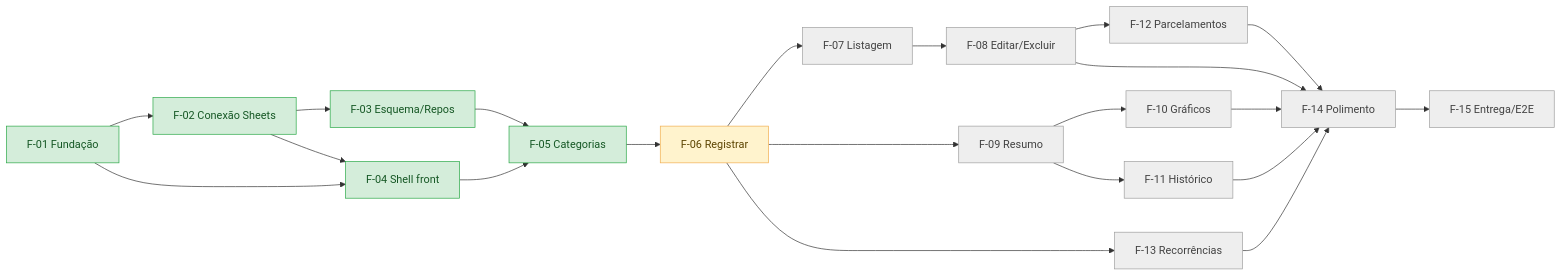
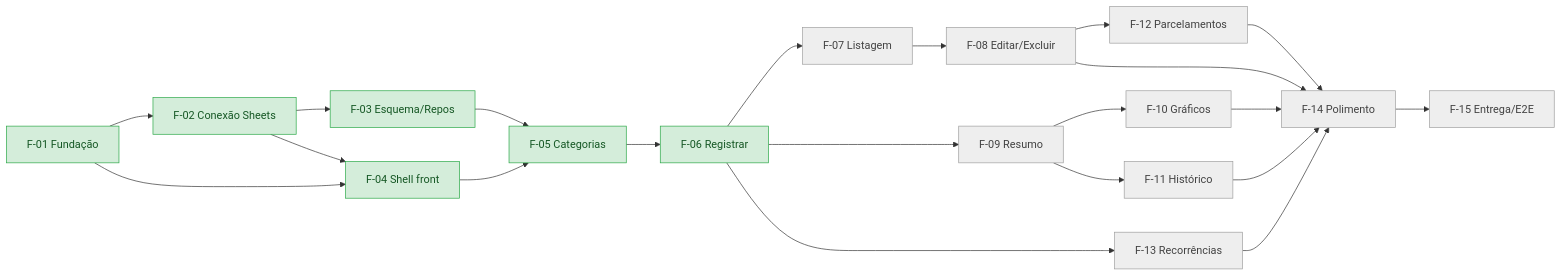
Before and after one commit to Pedrohcs/PlanilhaFinanceira: the diagram in SPECS/05-acompanhamento.md, drawn with Mermaid. The commit also changed other lines of this file and 26 other files, not shown here.

````diff
--- a/SPECS/05-acompanhamento.md
+++ b/SPECS/05-acompanhamento.md
@@ -64,24 +64,23 @@
 ```mermaid
 flowchart LR
     F01[F-01 Fundação] --> F02[F-02 Conexão Sheets] --> F03[F-03 Esquema/Repos]
     F01 --> F04[F-04 Shell front]
     F02 --> F04
     F03 --> F05[F-05 Categorias]
     F04 --> F05
     F05 --> F06[F-06 Registrar]
     F06 --> F07[F-07 Listagem] --> F08[F-08 Editar/Excluir]
     F06 --> F09[F-09 Resumo]
     F09 --> F10[F-10 Gráficos]
     F09 --> F11[F-11 Histórico]
     F08 --> F12[F-12 Parcelamentos]
     F06 --> F13[F-13 Recorrências]
     F08 & F10 & F11 & F12 & F13 --> F14[F-14 Polimento]
     F14 --> F15[F-15 Entrega/E2E]
 
     classDef naoIniciada fill:#eeeeee,stroke:#9e9e9e,color:#424242;
     classDef iniciada fill:#fff3cd,stroke:#f0ad4e,color:#5c4400;
     classDef concluida fill:#d4edda,stroke:#28a745,color:#155724;
     class F07,F08,F09,F10,F11,F12,F13,F14,F15 naoIniciada;
-    class F06 iniciada;
-    class F01,F02,F03,F04,F05 concluida;
+    class F01,F02,F03,F04,F05,F06 concluida;
 ```
````
